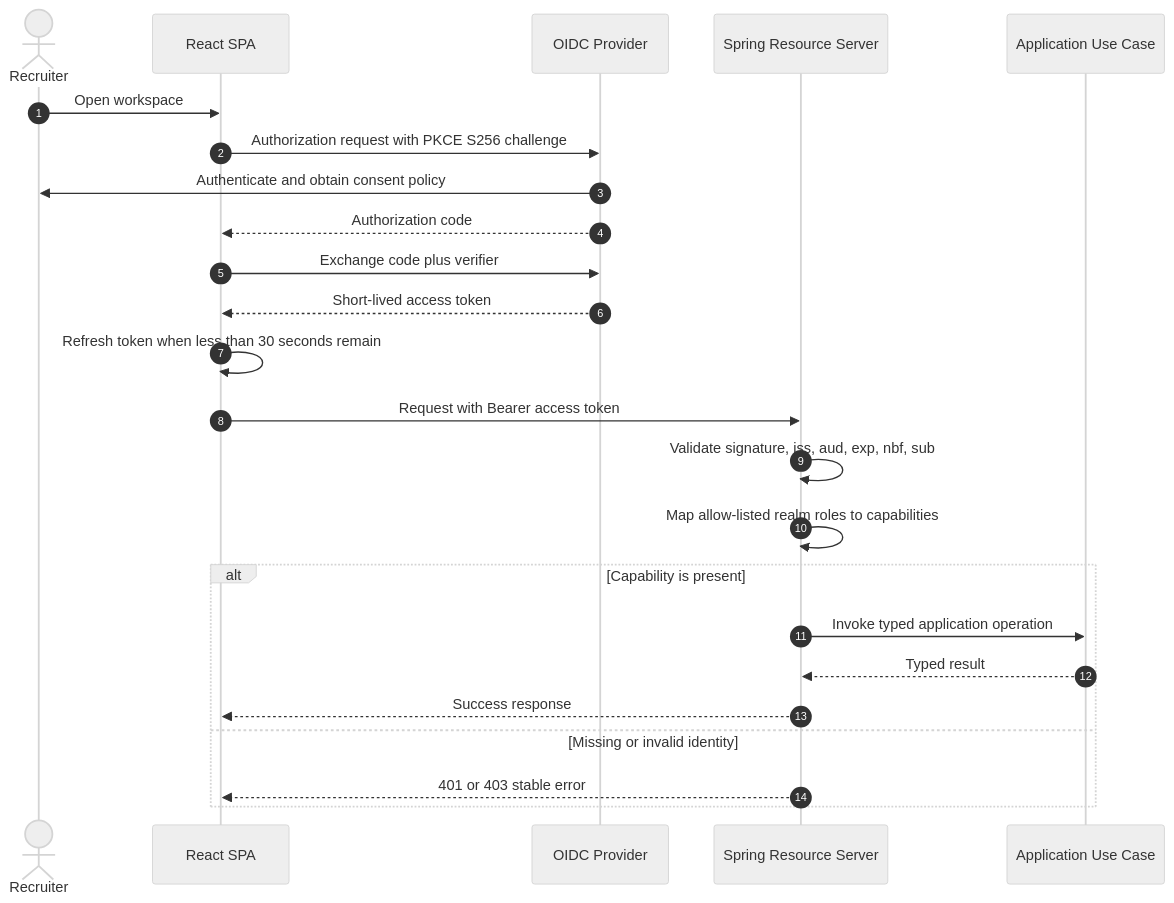
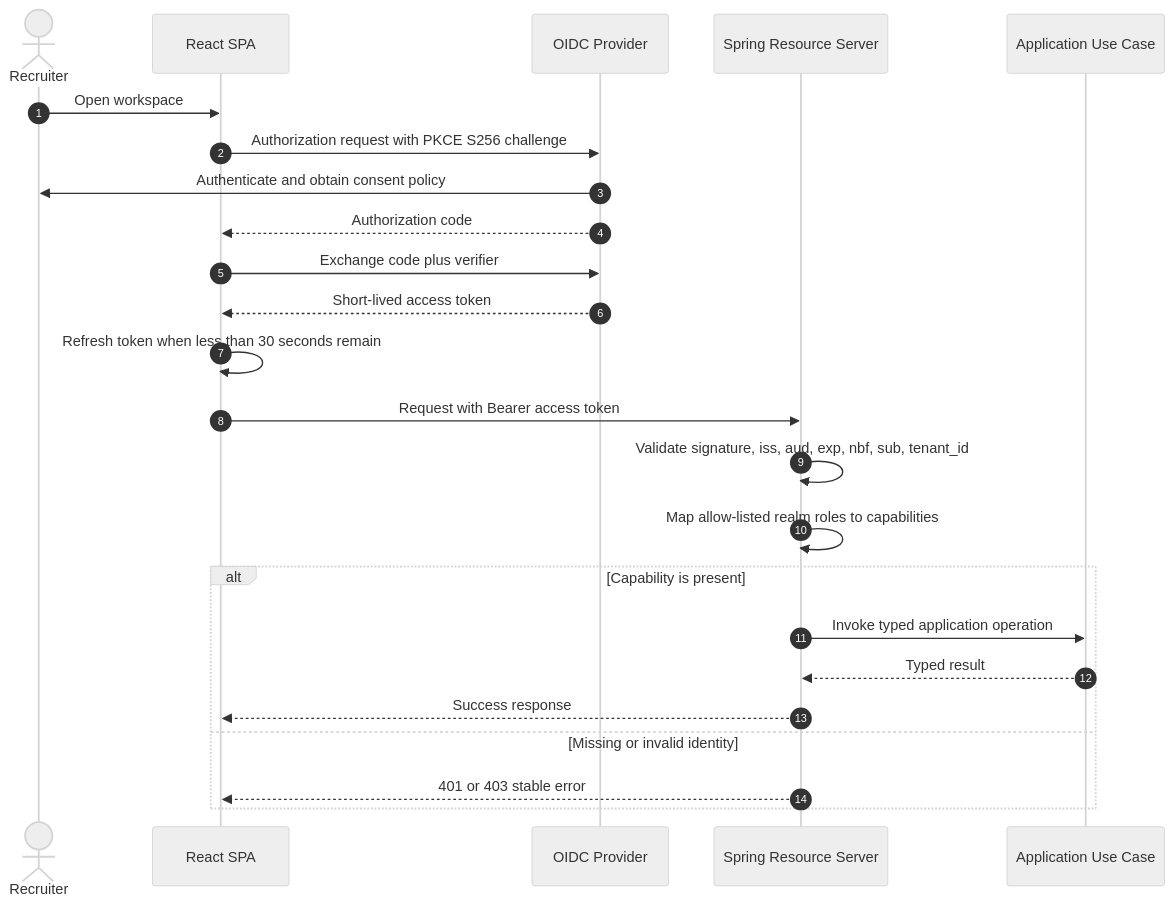
One commit to pedrovvitor/talent-intelligence-platform changed the diagram in docs/security/authentication-and-authorization.md. Above: the diagram before and after it, drawn with Mermaid (neutral theme). The commit also changed other lines of this file and 28 other files, not shown here.

````diff
--- a/docs/security/authentication-and-authorization.md
+++ b/docs/security/authentication-and-authorization.md
@@ -33,27 +34,27 @@
 ```mermaid
 sequenceDiagram
     autonumber
     actor Recruiter
     participant UI as React SPA
     participant IdP as OIDC Provider
     participant API as Spring Resource Server
     participant UseCase as Application Use Case
 
     Recruiter->>UI: Open workspace
     UI->>IdP: Authorization request with PKCE S256 challenge
     IdP->>Recruiter: Authenticate and obtain consent policy
     IdP-->>UI: Authorization code
     UI->>IdP: Exchange code plus verifier
     IdP-->>UI: Short-lived access token
     UI->>UI: Refresh token when less than 30 seconds remain
     UI->>API: Request with Bearer access token
-    API->>API: Validate signature, iss, aud, exp, nbf, sub
+    API->>API: Validate signature, iss, aud, exp, nbf, sub, tenant_id
     API->>API: Map allow-listed realm roles to capabilities
     alt Capability is present
         API->>UseCase: Invoke typed application operation
         UseCase-->>API: Typed result
         API-->>UI: Success response
     else Missing or invalid identity
         API-->>UI: 401 or 403 stable error
     end
 ```
````
